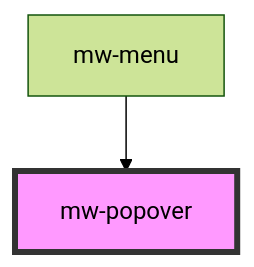
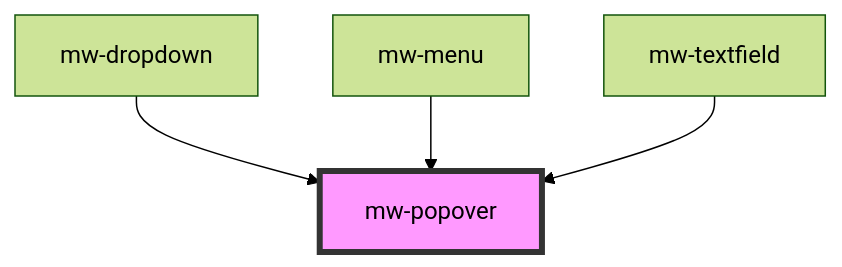
Before and after one commit to MaibornWolff/mwui: the diagram in mwui-stencil/src/components/mw-popover/readme.md, drawn with Mermaid (forest theme). The commit also changed other lines of this file and 11 other files, not shown here.

````diff
--- a/mwui-stencil/src/components/mw-popover/readme.md
+++ b/mwui-stencil/src/components/mw-popover/readme.md
@@ -24,5 +33,7 @@
 ```mermaid
 graph TD;
+  mw-dropdown --> mw-popover
   mw-menu --> mw-popover
+  mw-textfield --> mw-popover
   style mw-popover fill:#f9f,stroke:#333,stroke-width:4px
 ```
````
